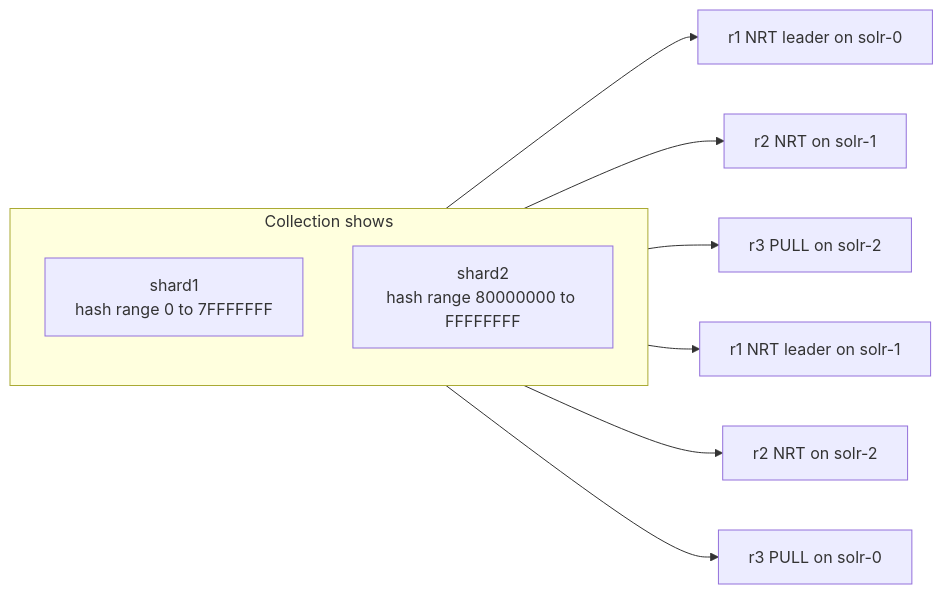
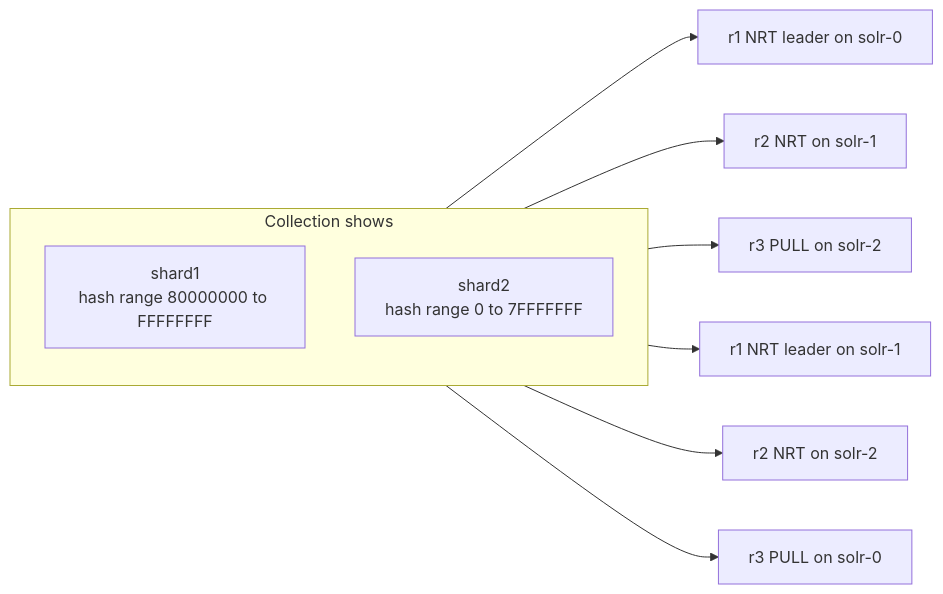
One commit to adityamparikh/solr-handbook changed the second of 6 diagrams in chapters/04-solrcloud.qmd. Above: the diagram before and after it, drawn with Mermaid. The commit also changed other lines of this file and 8 other files, not shown here.

````diff
--- a/chapters/04-solrcloud.qmd
+++ b/chapters/04-solrcloud.qmd
@@ -78,16 +78,16 @@
 ```{mermaid}
 %%| label: fig-04-shard-replica-layout
 %%| fig-cap: "A two-shard collection with hash-range partitioning and a mix of NRT leaders, NRT followers, and PULL replicas spread across three Solr nodes."
 flowchart LR
     subgraph shows [Collection shows]
       direction TB
-      sh1[shard1<br/>hash range 0 to 7FFFFFFF]
-      sh2[shard2<br/>hash range 80000000 to FFFFFFFF]
+      sh1[shard1<br/>hash range 80000000 to FFFFFFFF]
+      sh2[shard2<br/>hash range 0 to 7FFFFFFF]
     end
     sh1 --> r1a[r1 NRT leader on solr-0]
     sh1 --> r1b[r2 NRT on solr-1]
     sh1 --> r1c[r3 PULL on solr-2]
     sh2 --> r2a[r1 NRT leader on solr-1]
     sh2 --> r2b[r2 NRT on solr-2]
     sh2 --> r2c[r3 PULL on solr-0]
 ```
````
